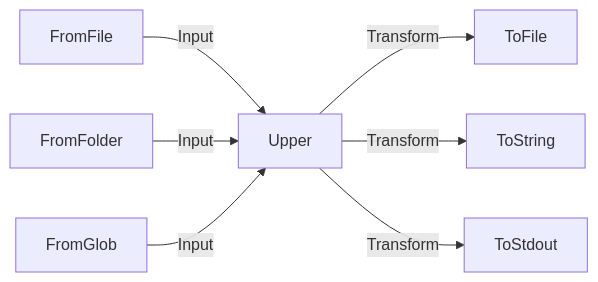
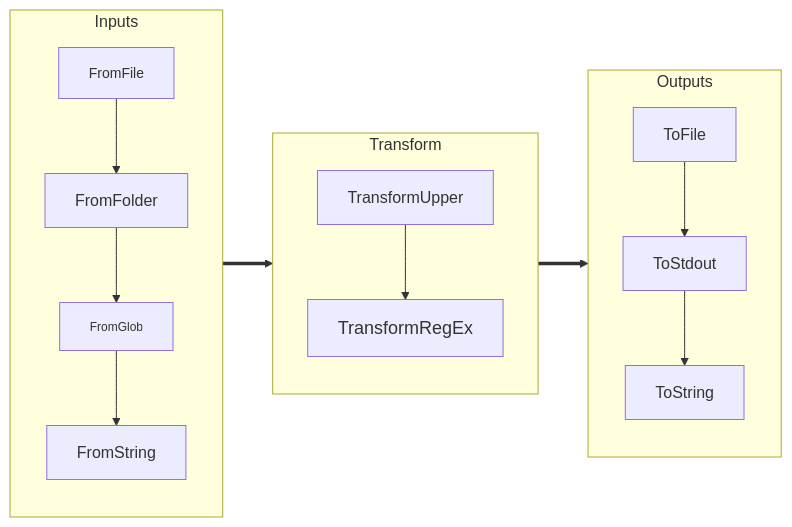
The diagram in README.md (hucker/pipethis), drawn with Mermaid before and after one commit. The commit also changed other lines of this file, not shown here.

Commit message:
Update README with improved examples and clearer diagrams
Enhanced the documentation to include a more detailed explanation of inputs, transforms, and outputs. Replaced the ASCII pipeline diagram with a more descriptive Mermaid graph. Updated code examples for better readability and functionality, including renaming a custom output class and improving pipeline formatting.

````diff
--- a/README.md
+++ b/README.md
@@ -28,9 +21,38 @@
 ```mermaid
 graph LR
-    A[FromFile] --> |Input| B[Upper]
-    A2[FromFolder] --> |Input| B
-    A3[FromGlob] --> |Input| B
-    B --> |Transform| C[ToFile]
-    B --> |Transform| C2[ToString]
-    B --> |Transform| C3[ToStdout]
+    subgraph Inputs
+        direction TB
+        A[FromFile]
+        B[FromFolder]
+        C[FromGlob]
+        D[FromString]
+        A --> B --> C --> D
+    end
+
+    subgraph Transform
+        direction TB
+        E[TransformUpper]
+        F[TransformRegEx]
+        E --> F
+    end
+
+    Inputs ==> Transform
+
+    subgraph Outputs
+        direction TB
+        G[ToFile]
+        H[ToStdout]
+        I[ToString]
+        G --> H --> I
+    end
+
+    Transform ==> Outputs
+
+    %% Style Definitions
+    style A font-size:14px
+    style B font-size:16px
+    style C font-size:12px
+    classDef generalFontSize font-size:18px
+    class F generalFontSize
+
 ```
````
